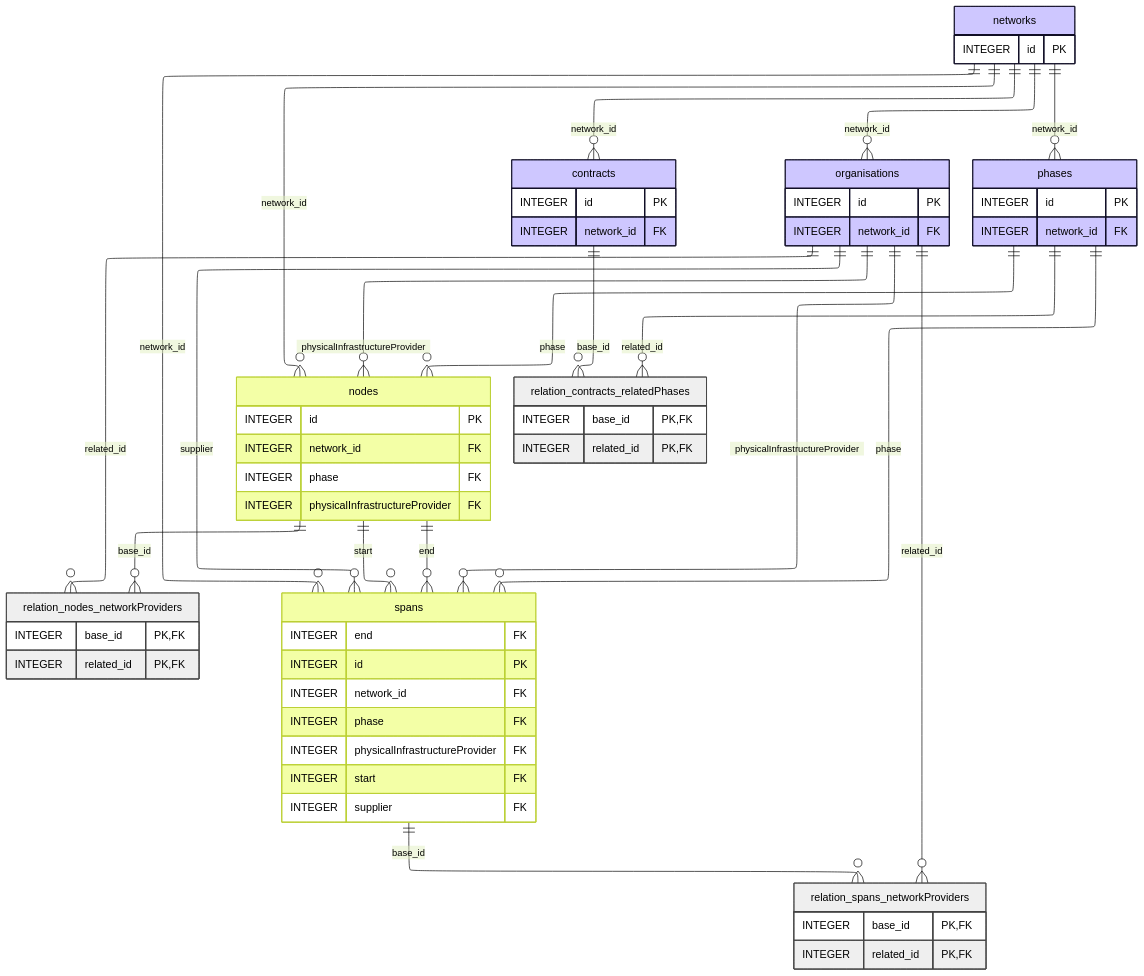
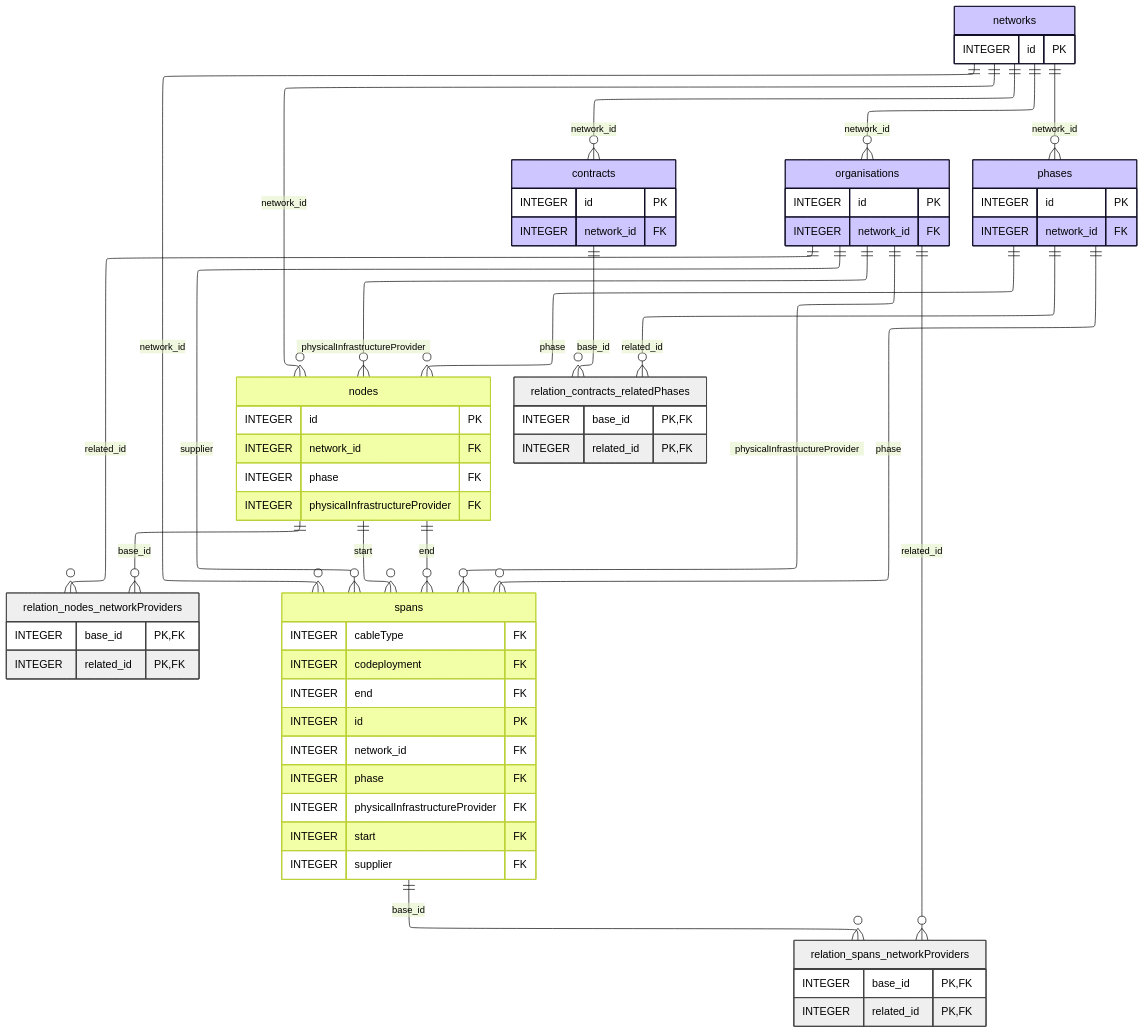
Before and after one commit to Open-Telecoms-Data/open-fibre-data-standard: the diagram in docs/reference/publication_formats/geopackage.mmd, drawn with Mermaid (forest theme). The commit also changed 12 other files, not shown here.

Commit message:
schema: Add Span.codeployment and Span.cableType

```diff
--- a/docs/reference/publication_formats/geopackage.mmd
+++ b/docs/reference/publication_formats/geopackage.mmd
@@ -1,83 +1,85 @@
 ---
 config:
   layout: elk
 ---
 erDiagram
     contracts {
         INTEGER id PK 
         INTEGER network_id FK 
     }
 
     networks {
         INTEGER id PK 
     }
 
     nodes {
         INTEGER id PK 
         INTEGER network_id FK 
         INTEGER phase FK 
         INTEGER physicalInfrastructureProvider FK 
     }
 
     organisations {
         INTEGER id PK 
         INTEGER network_id FK 
     }
 
     phases {
         INTEGER id PK 
         INTEGER network_id FK 
     }
 
     relation_contracts_relatedPhases {
         INTEGER base_id PK,FK 
         INTEGER related_id PK,FK 
     }
 
     relation_nodes_networkProviders {
         INTEGER base_id PK,FK 
         INTEGER related_id PK,FK 
     }
 
     relation_spans_networkProviders {
         INTEGER base_id PK,FK 
         INTEGER related_id PK,FK 
     }
 
     spans {
+        INTEGER cableType FK 
+        INTEGER codeployment FK 
         INTEGER end FK 
         INTEGER id PK 
         INTEGER network_id FK 
         INTEGER phase FK 
         INTEGER physicalInfrastructureProvider FK 
         INTEGER start FK 
         INTEGER supplier FK 
     }
 
     contracts }o--|| networks : "network_id"
     relation_contracts_relatedPhases }o--|| contracts : "base_id"
     nodes }o--|| networks : "network_id"
     organisations }o--|| networks : "network_id"
     phases }o--|| networks : "network_id"
     spans }o--|| networks : "network_id"
     nodes }o--|| organisations : "physicalInfrastructureProvider"
     nodes }o--|| phases : "phase"
     relation_nodes_networkProviders }o--|| nodes : "base_id"
     spans }o--|| nodes : "end"
     spans }o--|| nodes : "start"
     relation_nodes_networkProviders }o--|| organisations : "related_id"
     relation_spans_networkProviders }o--|| organisations : "related_id"
     spans }o--|| organisations : "physicalInfrastructureProvider"
     spans }o--|| organisations : "supplier"
     relation_contracts_relatedPhases }o--|| phases : "related_id"
     spans }o--|| phases : "phase"
     relation_spans_networkProviders }o--|| spans : "base_id"
 
     classDef feature fill:#f3ffa6ff,stroke:#bbd034
     classDef attribute fill:#cec7ffff,stroke:#110e27
     classDef mapping fill:#efefefff,stroke:#434343ff
 
     class nodes,spans feature
     class networks,organisations,phases,contracts attribute
     class relation_contracts_relatedPhases,relation_spans_networkProviders,relation_nodes_networkProviders mapping
     direction BT
```
